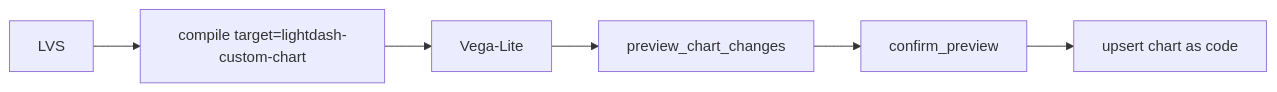
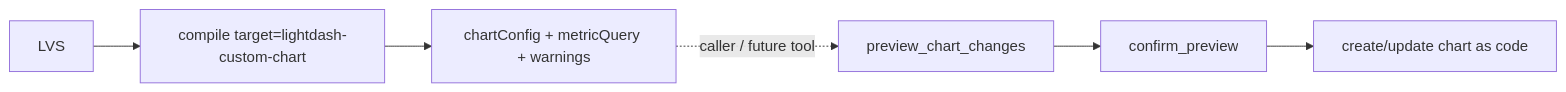
The sixth of 7 diagrams in docs/rfc-visualization-platform.md (yu-iskw/lightdash-tools), drawn with Mermaid before and after one commit. The commit also changed other lines of this file, not shown here.

````diff
--- a/docs/rfc-visualization-platform.md
+++ b/docs/rfc-visualization-platform.md
@@ -920,8 +657,8 @@
 ```mermaid
 flowchart LR
-    LVS --> Compile[compile target=lightdash-custom-chart]
-    Compile --> Vega[Vega-Lite]
-    Vega --> Preview[preview_chart_changes]
-    Preview --> Confirm[confirm_preview]
-    Confirm --> Apply[upsert chart as code]
+    LVS --> Compile["compile target=lightdash-custom-chart"]
+    Compile --> Frag["chartConfig + metricQuery + warnings"]
+    Frag -.->|"caller / future tool"| Preview["preview_chart_changes"]
+    Preview --> Confirm["confirm_preview"]
+    Confirm --> Upsert["create/update chart as code"]
 ```
````
